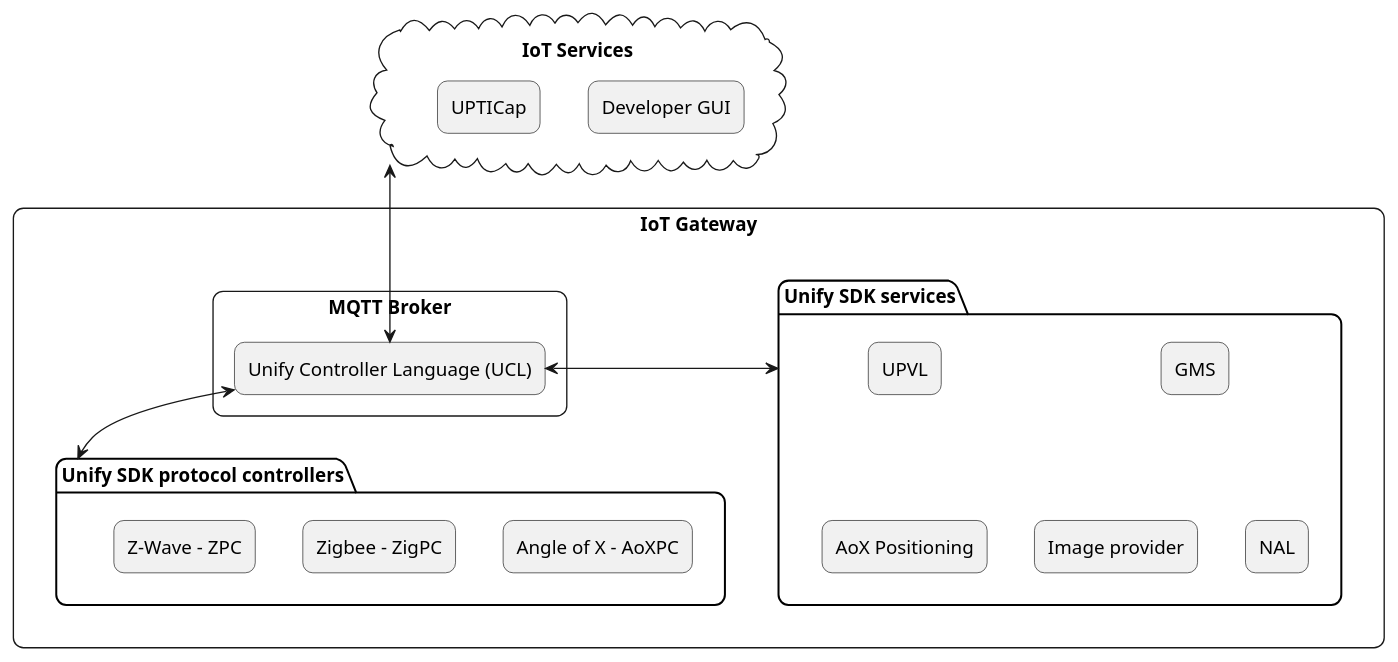
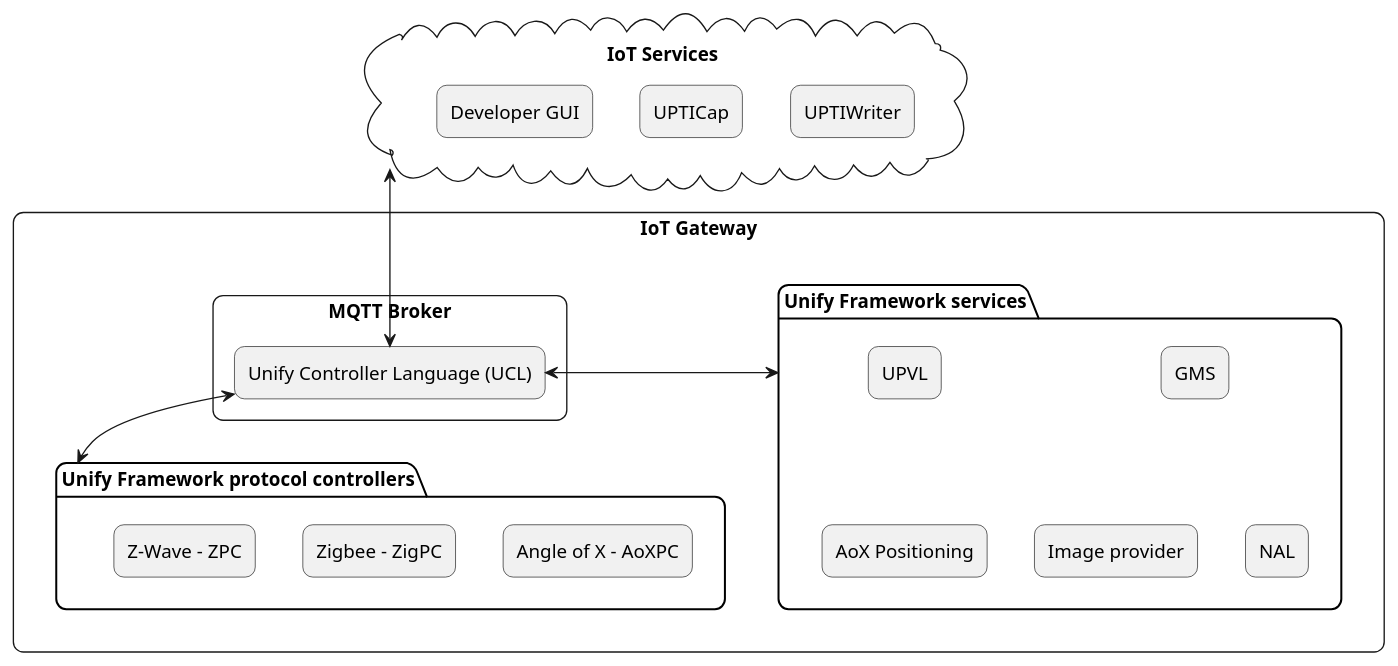
One commit to SiliconLabs/UnifySDK changed the diagram in doc/assets/img/SDKOverview.puml. Above: the diagram before and after it, drawn with PlantUML. The commit also changed 13798 other files, not shown here.

```diff
--- a/doc/assets/img/SDKOverview.puml
+++ b/doc/assets/img/SDKOverview.puml
@@ -1,50 +1,54 @@
 @startuml SDKOverview
 
 skinparam roundCorner 15
 
 top to bottom direction
 
 cloud "IoT Services" as IOTService {
-    rectangle "Developer GUI"
-    rectangle "UPTICap"
+    rectangle "Developer GUI" as DEVGUI
+    rectangle "UPTICap" as UPTICAP
+    rectangle "UPTIWriter" as UPTIWRITER
+
+    DEVGUI -[hidden]r->UPTICAP
+    UPTICAP -[hidden]r->UPTIWRITER 
 }
 
 rectangle "IoT Gateway" {
 
-    package "Unify SDK services" as services {
+    package "Unify Framework services" as services {
         rectangle "NAL" as NAL
         rectangle "UPVL" as UPVL
         rectangle "Image provider" as IMP
         rectangle "GMS" as GMS
         rectangle "AoX Positioning" as positioning
     }
 
     rectangle "MQTT Broker" as Broker {
         rectangle "Unify Controller Language (UCL)" as ABLayer
     }
 
     ABLayer <-> services
 
     GMS -[hidden]r-> IMP
     IMP -[hidden]r-> NAL
     NAL -[hidden]d-> GMS
     UPVL -[hidden]d-> positioning
 
-    package "Unify SDK protocol controllers" as PCS {
+    package "Unify Framework protocol controllers" as PCS {
         rectangle "Z-Wave - ZPC" as ZPC
         rectangle "Zigbee - ZigPC" as ZIGPC
         rectangle "Angle of X - AoXPC" as AOX
     }
 }
 
 ZPC -[hidden]r-> ZIGPC
 ZIGPC -[hidden]r-> AOX
 
 ' Relation between Protocol controllers and MQTT abstration layer
 ABLayer <-d-> PCS
 
 ' IoT Services relation to the rest
 IOTService <-d-> ABLayer
 
 
 @enduml
```
